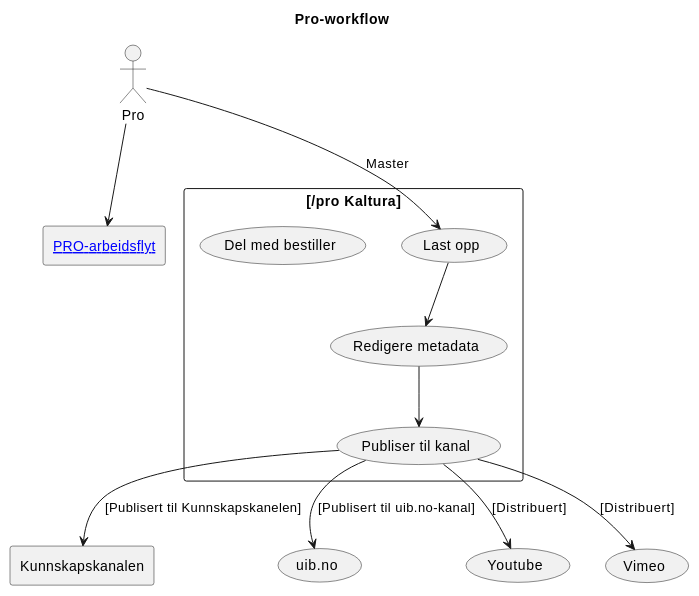
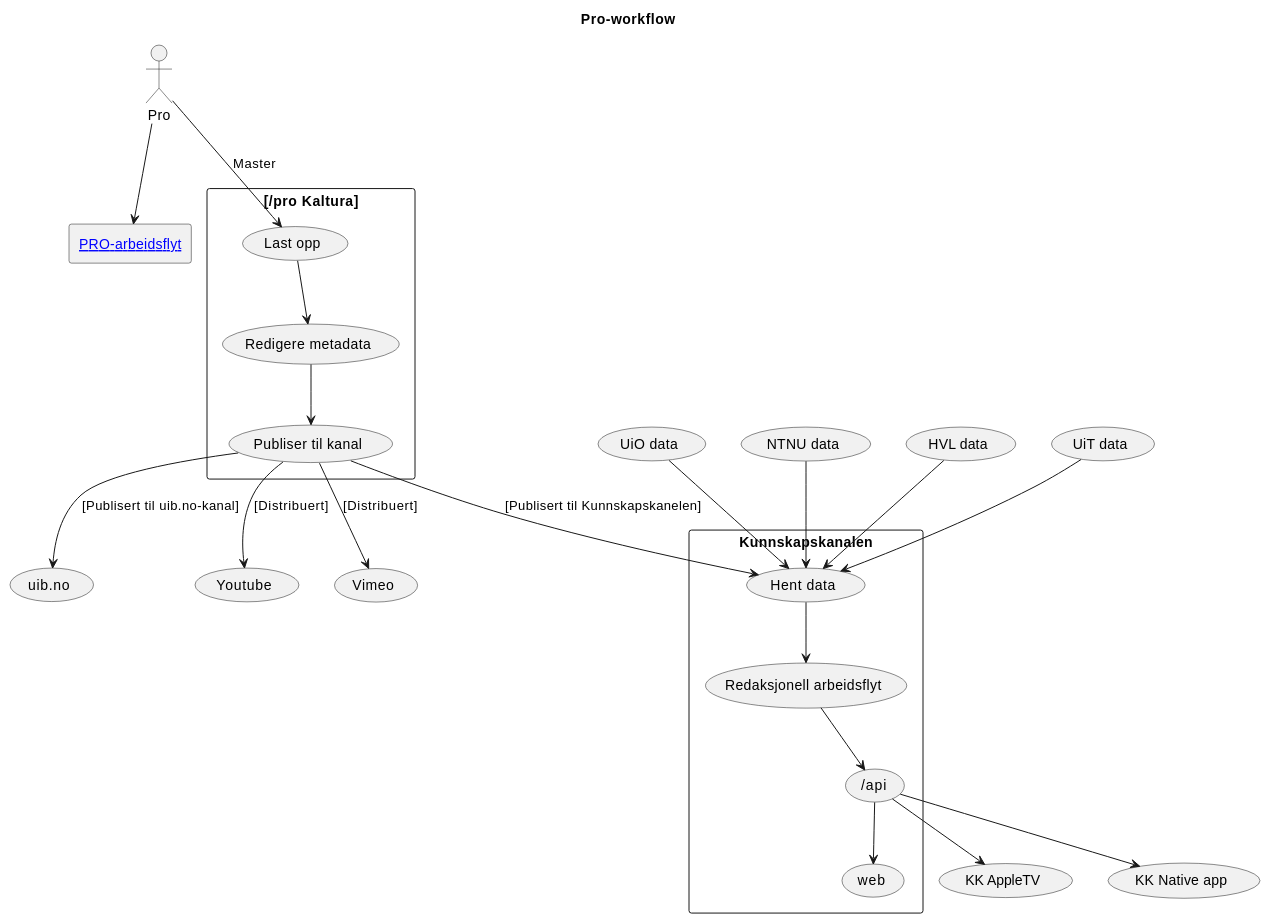
One commit to tarjelavik/mam-dlr-architecture changed the diagram in src/docs/kk-workflow.md. Above: the diagram before and after it, drawn with PlantUML.

Commit message:
Litt mer på KK

````diff
--- a/src/docs/kk-workflow.md
+++ b/src/docs/kk-workflow.md
@@ -6,35 +6,49 @@
 ```plantuml 
 @startuml
 
 title Pro-workflow
 
 rectangle "[[/pro-workflow PRO-arbeidsflyt]]" as prowf {
 
 }
 
 rectangle "[[/pro Kaltura]]" {
     (Last opp)
     (Redigere metadata) as metadata
-    (Del med bestiller)
     (Publiser til kanal) as channel
 }
 
 rectangle Kunnskapskanalen as kk {
-
+    (Hent data) as source
+    (Redaksjonell arbeidsflyt)
+    (/api)
+    (web)
 }
 
 :Pro:
 
 Pro --> prowf
 
 Pro --> (Last opp) : Master
 (Last opp) --> metadata
 metadata --> channel
 
-channel --> kk : "[Publisert til Kunnskapskanelen]"
+channel --> source : "[Publisert til Kunnskapskanelen]"
 channel --> (uib.no) : "[Publisert til uib.no-kanal]"
 channel --> (Youtube) : "[Distribuert]"
 channel --> (Vimeo) : "[Distribuert]"
 
+(UiO data) --> source
+(NTNU data) --> source
+(HVL data) --> source
+(UiT data) --> source
+
+source --> (Redaksjonell arbeidsflyt)
+(Redaksjonell arbeidsflyt) --> (/api)
+
+(/api) --> web
+(/api) --> (KK AppleTV)
+(/api) --> (KK Native app)
+
 @enduml
 ```
````
